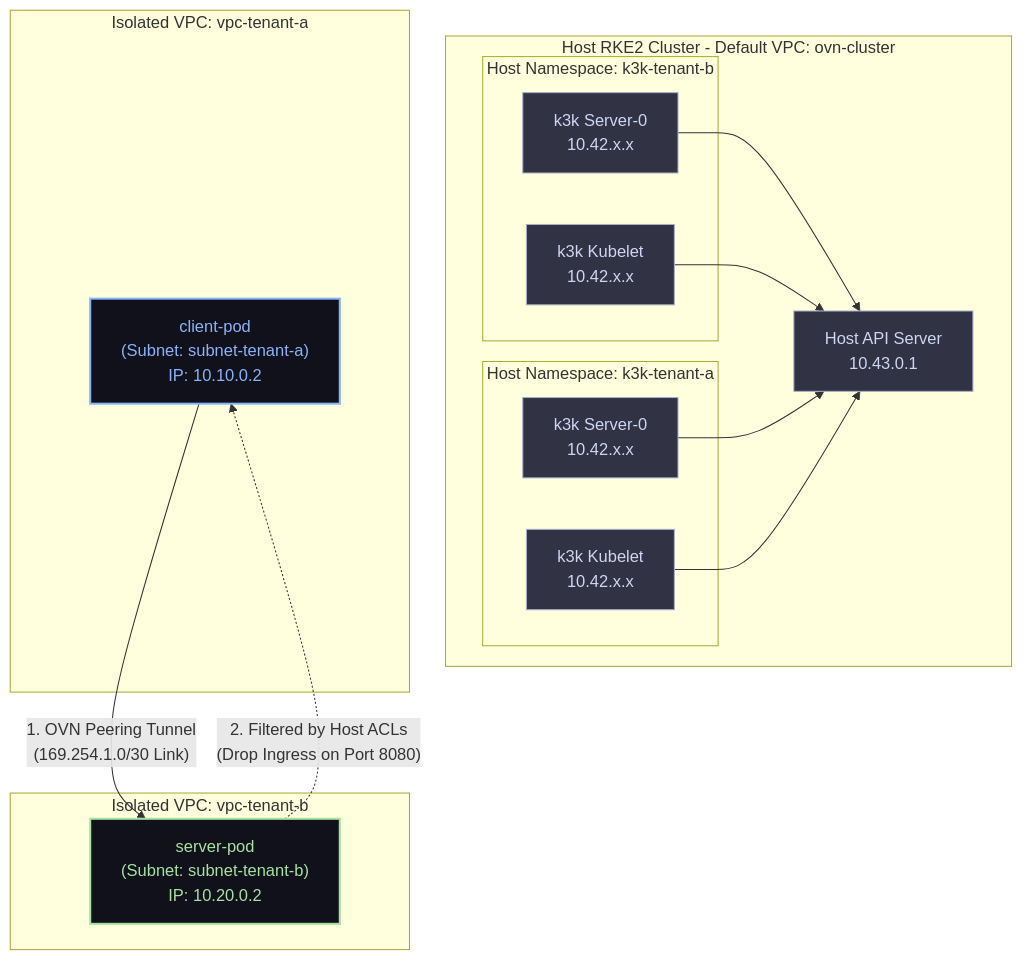
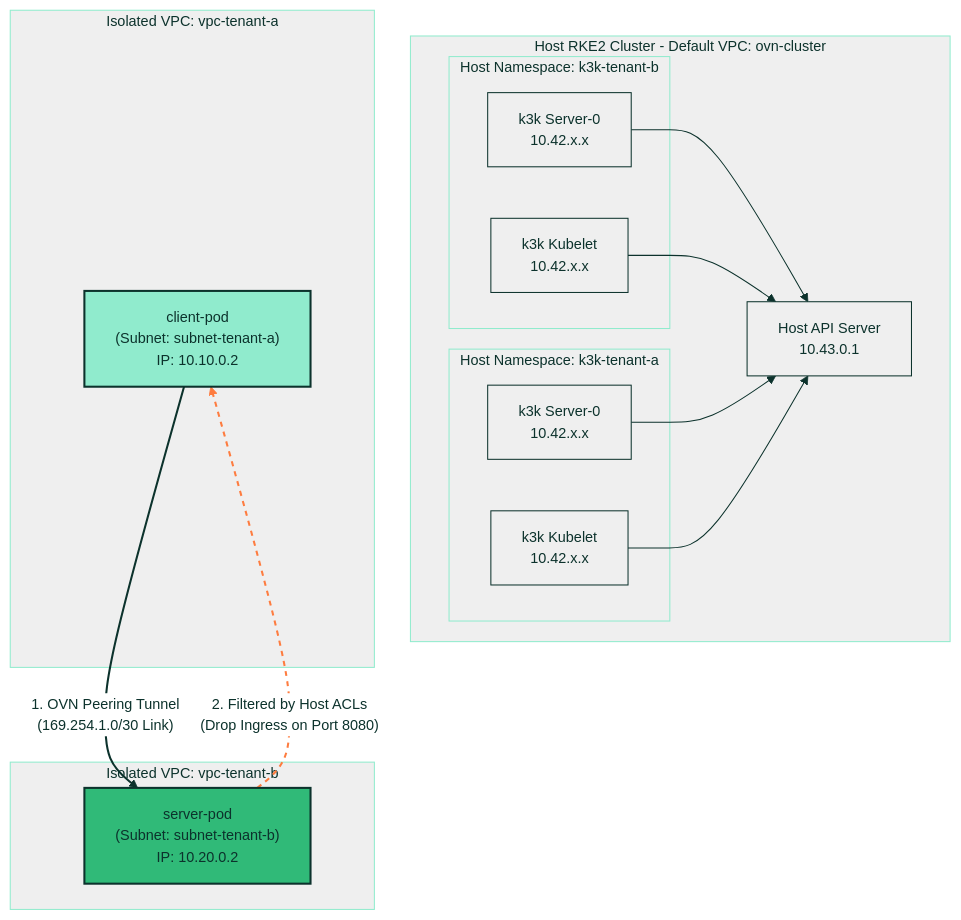
The first of 2 diagrams in docs/vpc-peering-networkpolicy-demo.md (coulof/k3k-kube-ovn), drawn with Mermaid before and after one commit. The commit also changed other lines of this file and 2 other files, not shown here.

Commit message:
style(docs): apply SUSE corporate branding to all Mermaid diagrams

````diff
--- a/docs/vpc-peering-networkpolicy-demo.md
+++ b/docs/vpc-peering-networkpolicy-demo.md
@@ -22,41 +22,63 @@
 ```mermaid
+%%{init: {
+  'theme': 'base',
+  'themeVariables': {
+    'fontFamily': 'SUSE, sans-serif',
+    'fontSize': '14px',
+    'primaryColor': '#30ba78',
+    'primaryTextColor': '#0c322c',
+    'primaryBorderColor': '#30ba78',
+    'lineColor': '#0c322c',
+    'secondaryColor': '#0c322c',
+    'tertiaryColor': '#90ebcd',
+    'mainBkg': '#ffffff',
+    'nodeBorder': '#0c322c',
+    'clusterBkg': '#efefef',
+    'clusterBorder': '#90ebcd',
+    'titleColor': '#0c322c',
+    'edgeLabelBackground':'#ffffff'
+  }
+} }%%
 graph TD
     %% Styling
-    classDef default fill:#1e1e2e,stroke:#cdd6f4,stroke-width:1px,color:#cdd6f4;
-    classDef host fill:#313244,stroke:#a6adc8,stroke-width:1px,color:#cdd6f4;
-    classDef vpcA fill:#11111b,stroke:#89b4fa,stroke-width:2px,color:#89b4fa;
-    classDef vpcB fill:#11111b,stroke:#a6e3a1,stroke-width:2px,color:#a6e3a1;
-    classDef highlight stroke:#f38ba8,stroke-width:2px;
+    classDef default fill:#ffffff,stroke:#0c322c,stroke-width:1px,color:#0c322c;
+    classDef host fill:#efefef,stroke:#0c322c,stroke-width:1px,color:#0c322c;
+    classDef vpcA fill:#90ebcd,stroke:#0c322c,stroke-width:2px,color:#0c322c;
+    classDef vpcB fill:#30ba78,stroke:#0c322c,stroke-width:2px,color:#0c322c;
+    classDef highlight stroke:#fe7c3f,stroke-width:2px;
 
     subgraph Host RKE2 Cluster [Host RKE2 Cluster - Default VPC: ovn-cluster]
         api["Host API Server<br/>10.43.0.1"]:::host
         
         subgraph Host Namespace: k3k-tenant-a
             ctrl-a["k3k Server-0<br/>10.42.x.x"]:::host
             kl-a["k3k Kubelet<br/>10.42.x.x"]:::host
         end
 
         subgraph Host Namespace: k3k-tenant-b
             ctrl-b["k3k Server-0<br/>10.42.x.x"]:::host
             kl-b["k3k Kubelet<br/>10.42.x.x"]:::host
         end
     end
 
     subgraph Isolated VPC: vpc-tenant-a
         client["client-pod<br/>(Subnet: subnet-tenant-a)<br/>IP: 10.10.0.2"]:::vpcA
     end
 
     subgraph Isolated VPC: vpc-tenant-b
         server["server-pod<br/>(Subnet: subnet-tenant-b)<br/>IP: 10.20.0.2"]:::vpcB
     end
 
     %% Peering Link
     client -- "1. OVN Peering Tunnel<br/>(169.254.1.0/30 Link)" --> server
     server -. "2. Filtered by Host ACLs<br/>(Drop Ingress on Port 8080)" .-> client
     
     %% API Communications
     ctrl-a --> api
     ctrl-b --> api
     kl-a --> api
     kl-b --> api
+
+    linkStyle 0 stroke:#0c322c,stroke-width:2px;
+    linkStyle 1 stroke:#fe7c3f,stroke-width:2px,stroke-dasharray: 5 5;
 ```
````
